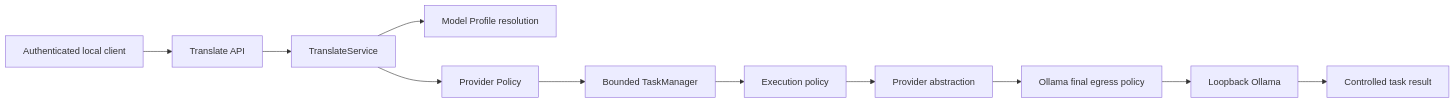
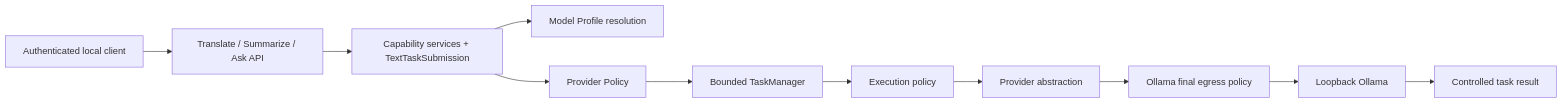
Before and after one commit to qianlixunbai/personal-ai-workspace: the diagram in docs/architecture/current-architecture.md, drawn with Mermaid. The commit also changed other lines of this file and 32 other files, not shown here.

Commit message:
feat: add summarize and ask capabilities

````diff
--- a/docs/architecture/current-architecture.md
+++ b/docs/architecture/current-architecture.md
@@ -47,13 +52,13 @@
 ```mermaid
 flowchart LR
-    Client[Authenticated local client] --> API[Translate API]
-    API --> App[TranslateService]
+    Client[Authenticated local client] --> API[Translate / Summarize / Ask API]
+    API --> App[Capability services + TextTaskSubmission]
     App --> Profiles[Model Profile resolution]
     App --> Admission[Provider Policy]
     Admission --> Tasks[Bounded TaskManager]
     Tasks --> Policy[Execution policy]
     Policy --> Provider[Provider abstraction]
     Provider --> Egress[Ollama final egress policy]
     Egress --> Ollama[Loopback Ollama]
     Ollama --> Result[Controlled task result]
 ```
````
